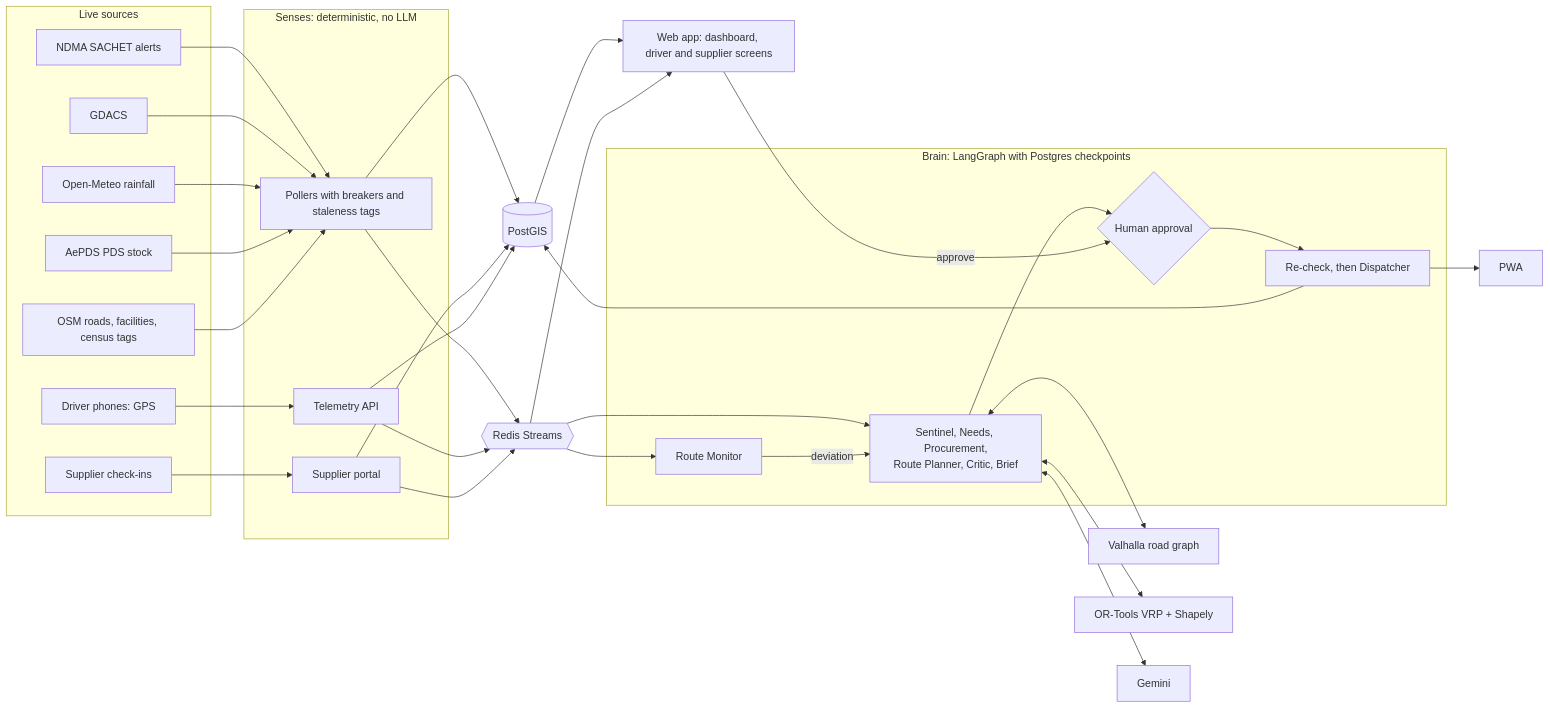
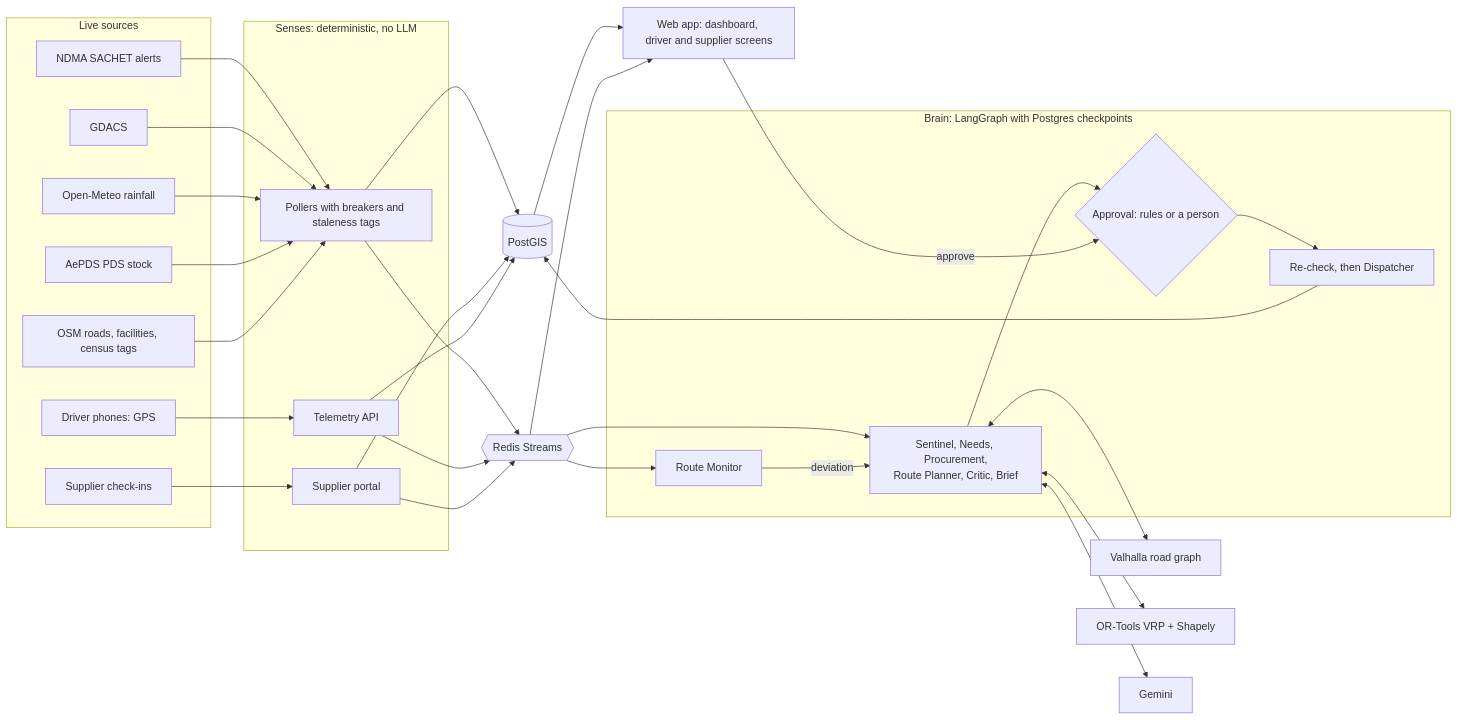
The second of 2 diagrams in README.md (Dracula-5/SafePassage), drawn with Mermaid before and after one commit. The commit also changed other lines of this file, not shown here.

````diff
--- a/README.md
+++ b/README.md
@@ -13,44 +135,43 @@
 ```mermaid
 flowchart LR
   subgraph Sources[Live sources]
     S1[NDMA SACHET alerts]
     S2[GDACS]
     S3[Open-Meteo rainfall]
     S4[AePDS PDS stock]
     S5[OSM roads, facilities, census tags]
     S6[Supplier check-ins]
     S7[Driver phones: GPS]
   end
   subgraph Senses[Senses: deterministic, no LLM]
     I[Pollers with breakers and staleness tags]
     T[Telemetry API]
     P[Supplier portal]
   end
   DB[(PostGIS)]
   R{{Redis Streams}}
   subgraph Brain[Brain: LangGraph with Postgres checkpoints]
     G[Sentinel, Needs, Procurement,<br/>Route Planner, Critic, Brief]
-    H{Human approval}
+    H{Approval: rules or a person}
     V[Re-check, then Dispatcher]
     M[Route Monitor]
   end
   VH[Valhalla road graph]
   OR[OR-Tools VRP + Shapely]
   LLM[Gemini]
   UI[Web app: dashboard, driver and supplier screens]
 
   S1 & S2 & S3 & S4 & S5 --> I --> DB
   S6 --> P --> DB
   S7 --> T --> DB
   I & T & P --> R
   R --> G --> H --> V
   R --> M -->|deviation| G
   G <--> VH
   G <--> OR
   G <--> LLM
   V --> DB
   DB --> UI
   R --> UI
-  V --> PWA
   UI -->|approve| H
 ```
````
